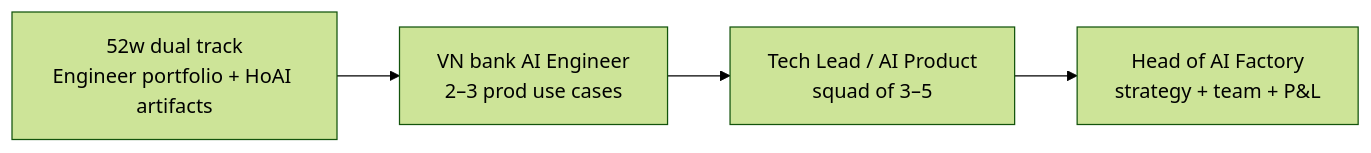
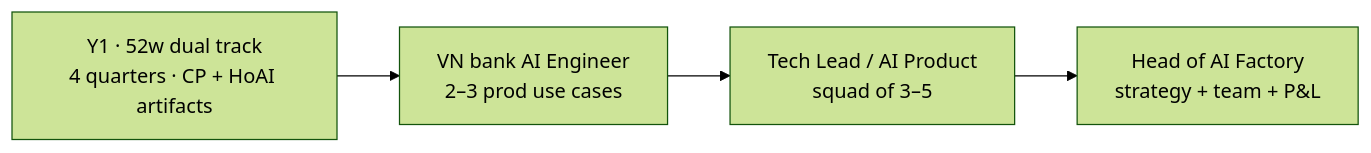
One commit to taiphan/learning changed the diagram in curriculum/head-of-ai-track.md. Above: the diagram before and after it, drawn with Mermaid (forest theme). The commit also changed other lines of this file and 21 other files, not shown here.

First line of the commit message:
refactor: align 52-week path with Y1 career quarters and timeline

````diff
--- a/curriculum/head-of-ai-track.md
+++ b/curriculum/head-of-ai-track.md
@@ -38,8 +40,8 @@
 ```mermaid
 flowchart LR
-  Y1[52w dual track<br/>Engineer portfolio + HoAI artifacts]
+  Y1[Y1 · 52w dual track<br/>4 quarters · CP + HoAI artifacts]
   Y2[VN bank AI Engineer<br/>2–3 prod use cases]
   Y3[Tech Lead / AI Product<br/>squad of 3–5]
   Y4[Head of AI Factory<br/>strategy + team + P&L]
   Y1 --> Y2 --> Y3 --> Y4
 ```
````
